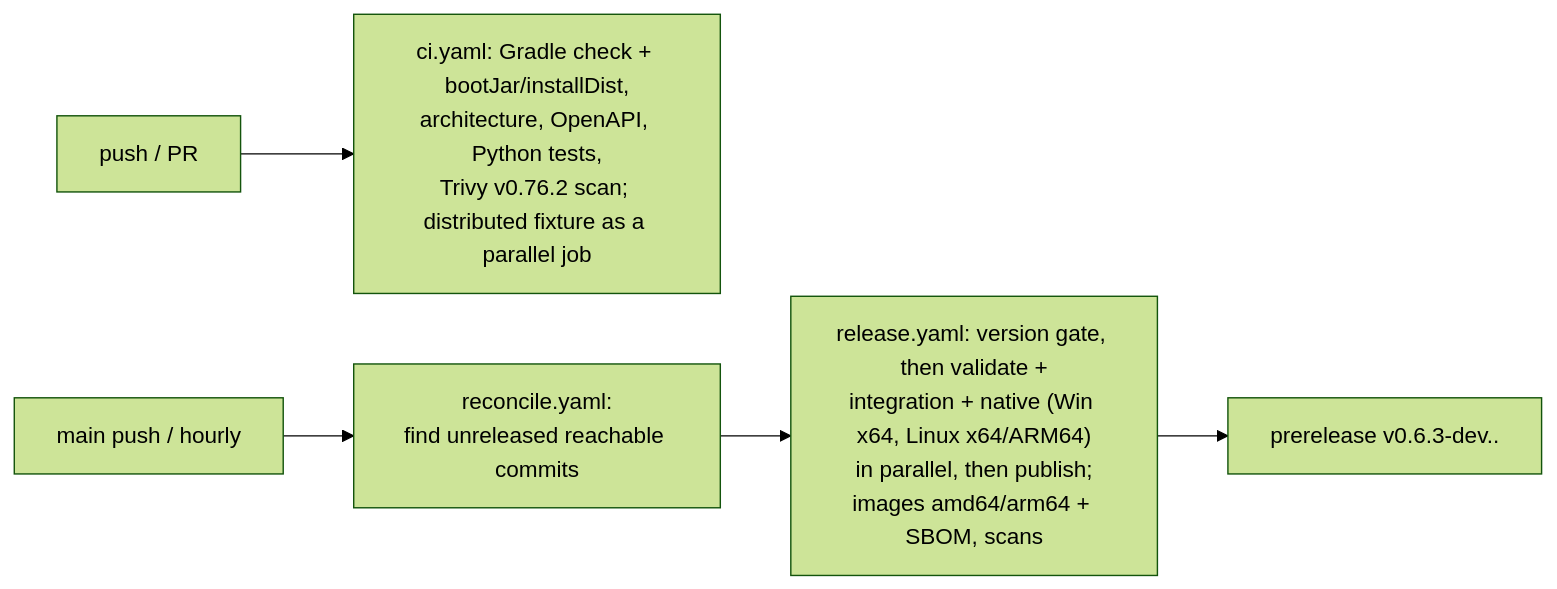
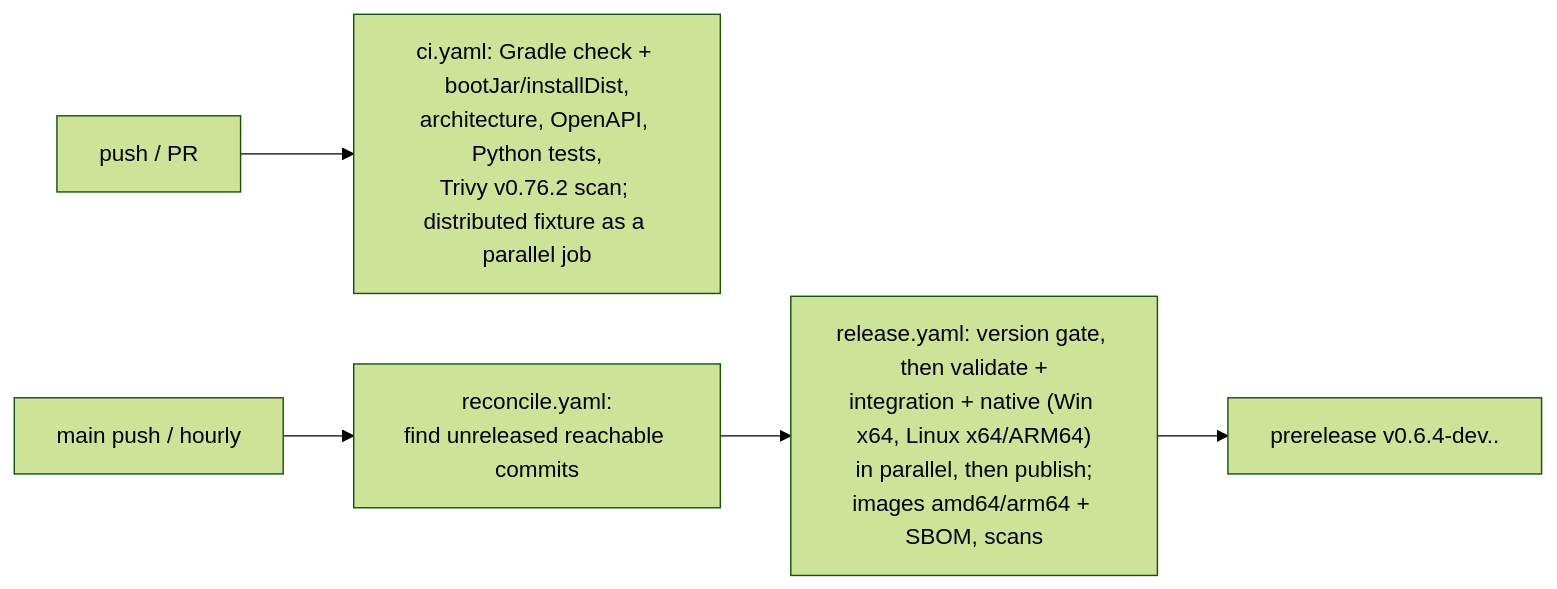
One commit to athegreat90/minecraft-modsync changed diagram 12 of 12 in docs/GUIDE.md. Above: the diagram before and after it, drawn with Mermaid (forest theme). The commit also changed 19 other files, not shown here.

````diff
--- a/docs/GUIDE.md
+++ b/docs/GUIDE.md
@@ -384,7 +384,7 @@
 ```mermaid
 flowchart LR
   PR[push / PR] --> CI["ci.yaml: Gradle check + bootJar/installDist,\narchitecture, OpenAPI, Python tests,\nTrivy v0.76.2 scan; distributed fixture as a parallel job"]
   main[main push / hourly] --> REC["reconcile.yaml:\nfind unreleased reachable commits"]
   REC --> REL["release.yaml: version gate, then validate +\nintegration + native (Win x64, Linux x64/ARM64)\nin parallel, then publish;\nimages amd64/arm64 + SBOM, scans"]
-  REL --> PRE["prerelease v0.6.3-dev.<time>.<sha>"]
+  REL --> PRE["prerelease v0.6.4-dev.<time>.<sha>"]
 ```
````
